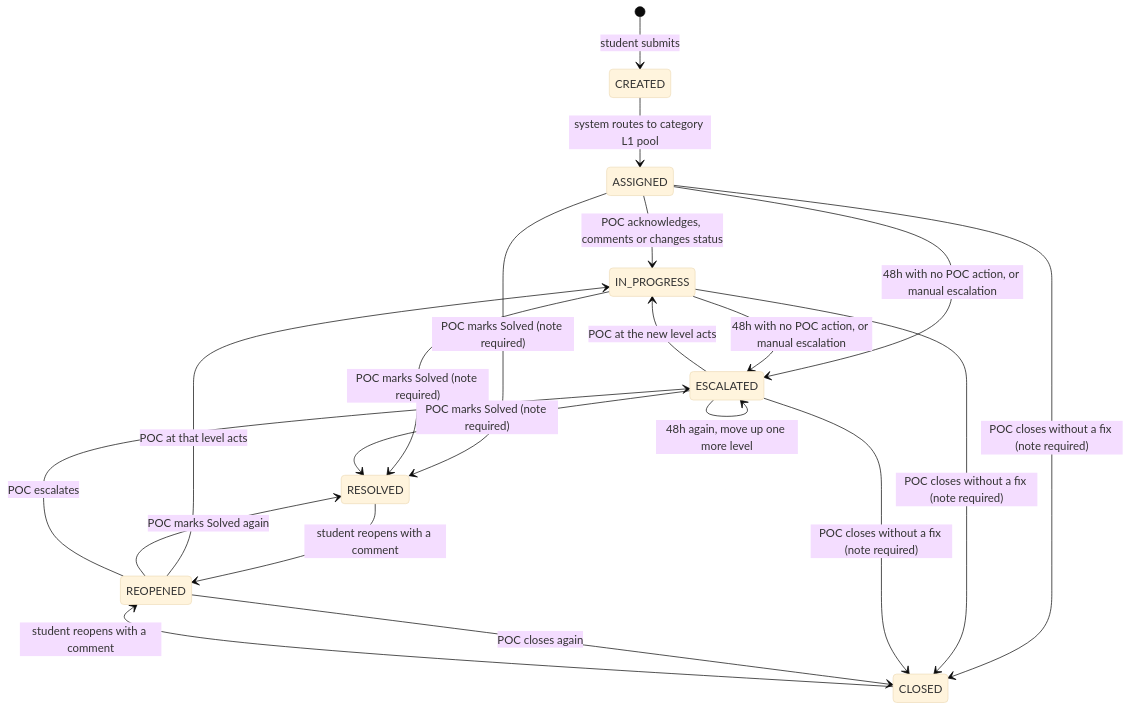
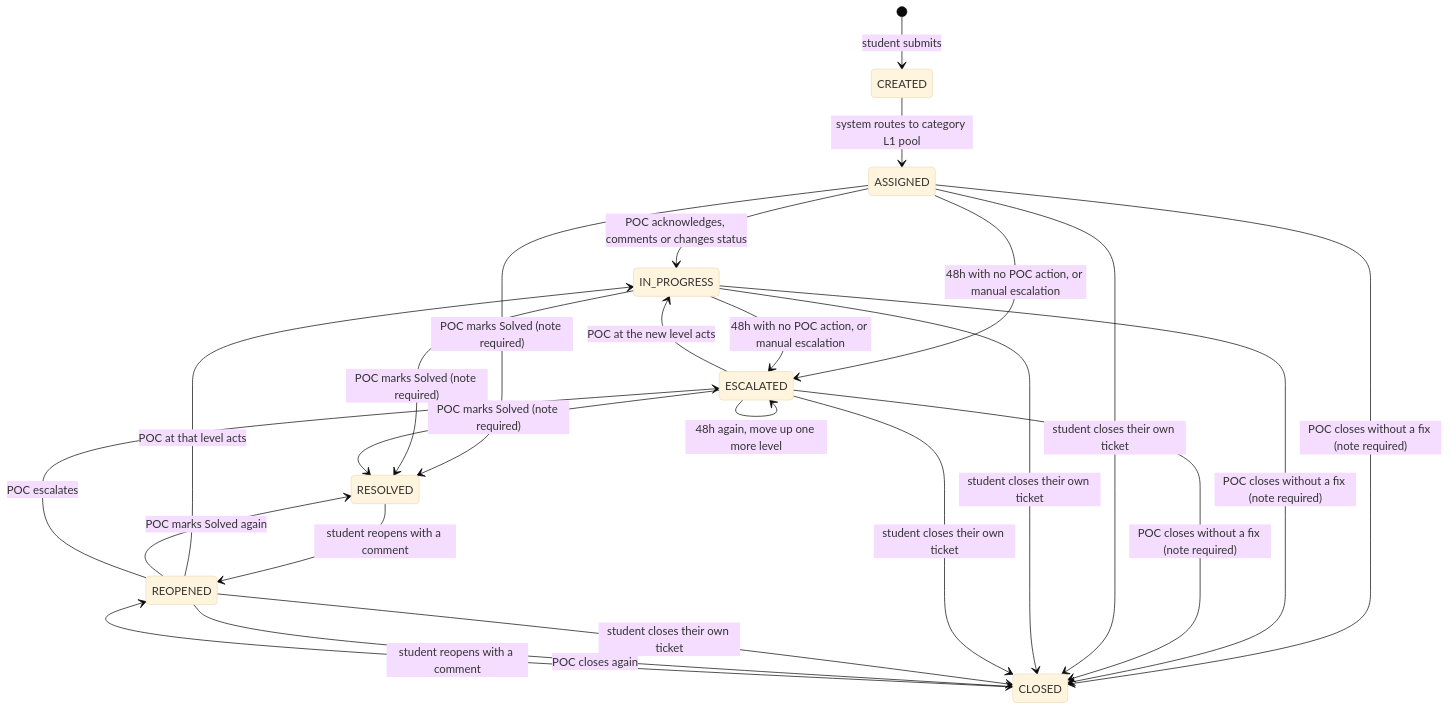
Before and after one commit to shub-nova/NST-Connect: the diagram in docs/state-diagram.md, drawn with Mermaid (base theme). The commit also changed other lines of this file and 3 other files, not shown here.

Commit message:
docs: bring the READMEs and diagrams in line with the code

````diff
--- a/docs/state-diagram.md
+++ b/docs/state-diagram.md
@@ -5,26 +5,31 @@
 ```mermaid
 stateDiagram-v2
     [*] --> CREATED: student submits
     CREATED --> ASSIGNED: system routes to category L1 pool
 
     ASSIGNED --> IN_PROGRESS: POC acknowledges, comments or changes status
     ASSIGNED --> ESCALATED: 48h with no POC action, or manual escalation
     IN_PROGRESS --> ESCALATED: 48h with no POC action, or manual escalation
     ESCALATED --> IN_PROGRESS: POC at the new level acts
     ESCALATED --> ESCALATED: 48h again, move up one more level
 
     ASSIGNED --> RESOLVED: POC marks Solved (note required)
     IN_PROGRESS --> RESOLVED: POC marks Solved (note required)
     ESCALATED --> RESOLVED: POC marks Solved (note required)
 
     ASSIGNED --> CLOSED: POC closes without a fix (note required)
     IN_PROGRESS --> CLOSED: POC closes without a fix (note required)
     ESCALATED --> CLOSED: POC closes without a fix (note required)
 
     RESOLVED --> REOPENED: student reopens with a comment
     CLOSED --> REOPENED: student reopens with a comment
+    ASSIGNED --> CLOSED: student closes their own ticket
+    IN_PROGRESS --> CLOSED: student closes their own ticket
+    ESCALATED --> CLOSED: student closes their own ticket
+    REOPENED --> CLOSED: student closes their own ticket
+
     REOPENED --> IN_PROGRESS: POC at that level acts
     REOPENED --> RESOLVED: POC marks Solved again
     REOPENED --> CLOSED: POC closes again
     REOPENED --> ESCALATED: POC escalates
 ```
````
